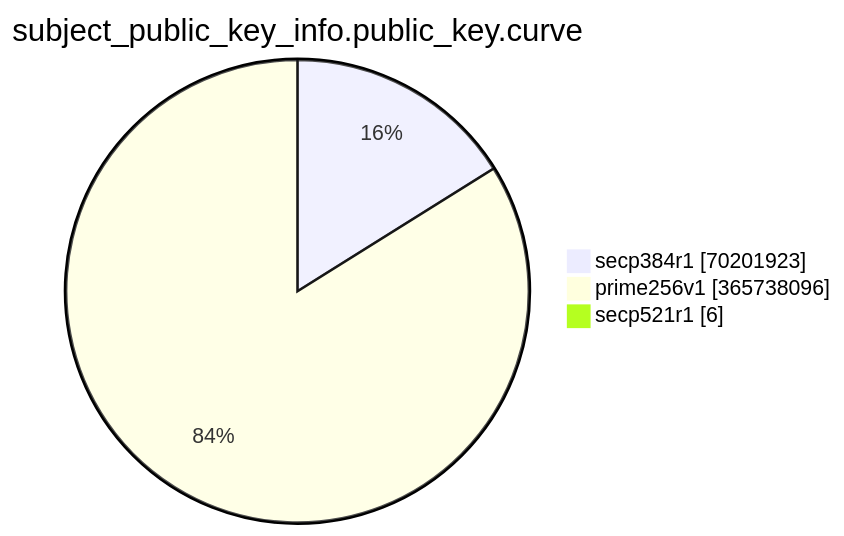
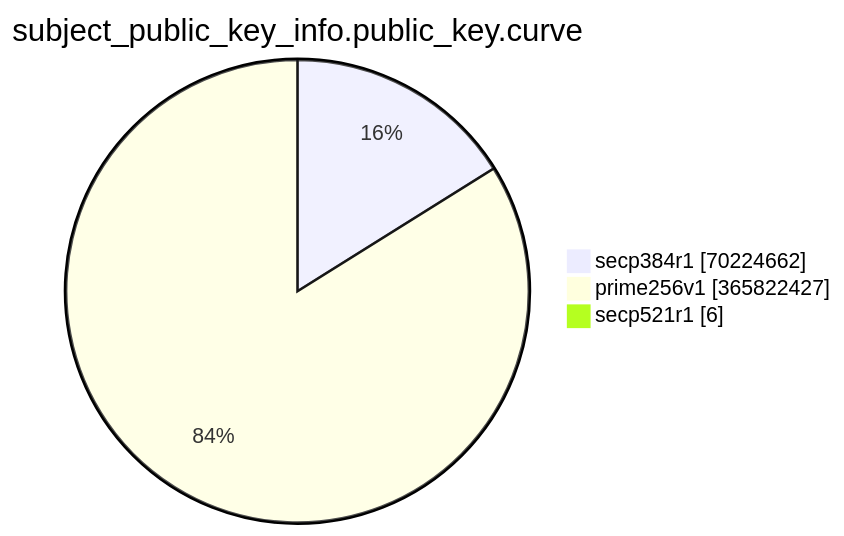
One commit to christiankrug/ctmonitor_visualization changed the eighth of 15 diagrams in TOTAL/README.md. Above: the diagram before and after it, drawn with Mermaid. The commit also changed other lines of this file, not shown here.

````diff
--- a/TOTAL/README.md
+++ b/TOTAL/README.md
@@ -3093,7 +3093,7 @@
 ```mermaid
 pie showData
 title subject_public_key_info.public_key.curve
-"secp384r1" :70201923
-"prime256v1" :365738096
+"secp384r1" :70224662
+"prime256v1" :365822427
 "secp521r1" :6
 ```
````
